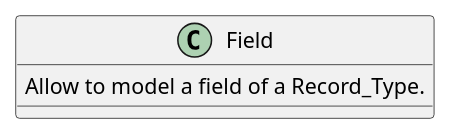
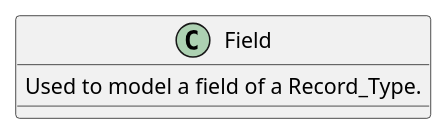
Before and after one commit to HomeMadeBots/Embedded_Software_Meta_Model: the diagram in Meta-Classes/Field.puml, drawn with PlantUML. The commit also changed 17 other files, not shown here.

```diff
--- a/Meta-Classes/Field.puml
+++ b/Meta-Classes/Field.puml
@@ -1,8 +1,8 @@
 @startuml
 
 class Field
 {
-  Allow to model a field of a Record_Type.
+  Used to model a field of a Record_Type.
 }
 
 @enduml
```
